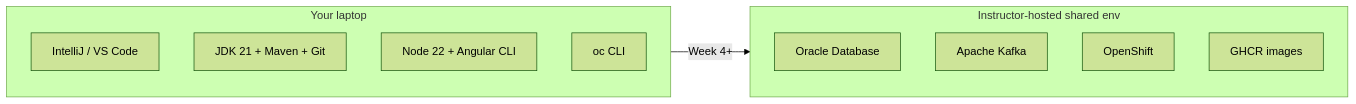
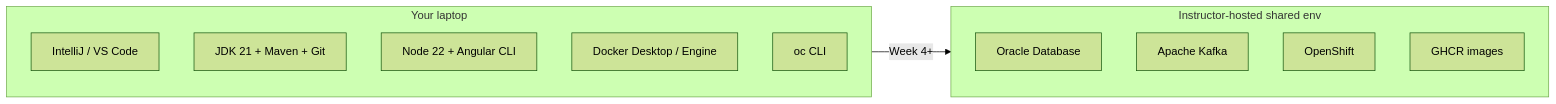
The diagram in labs/FINAL-SETUP-README.md (Innovation-In-Software/bc-sw-engineer-java-angular-participant), drawn with Mermaid (forest theme) before and after one commit. The commit also changed other lines of this file and 27 other files, not shown here.

First line of the commit message:
Add Docker Desktop install steps to Lab 0 and point later labs at them.

````diff
--- a/labs/FINAL-SETUP-README.md
+++ b/labs/FINAL-SETUP-README.md
@@ -16,16 +16,17 @@
 ```mermaid
 flowchart LR
   subgraph Laptop["Your laptop"]
     IDE["IntelliJ / VS Code"]
     JDK["JDK 21 + Maven + Git"]
     NG["Node 22 + Angular CLI"]
+    DK["Docker Desktop / Engine"]
     OC["oc CLI"]
   end
   subgraph Shared["Instructor-hosted shared env"]
     ORA["Oracle Database"]
     KF["Apache Kafka"]
     OS["OpenShift"]
     GHCR["GHCR images"]
   end
   Laptop -->|"Week 4+"| Shared
 ```
````
